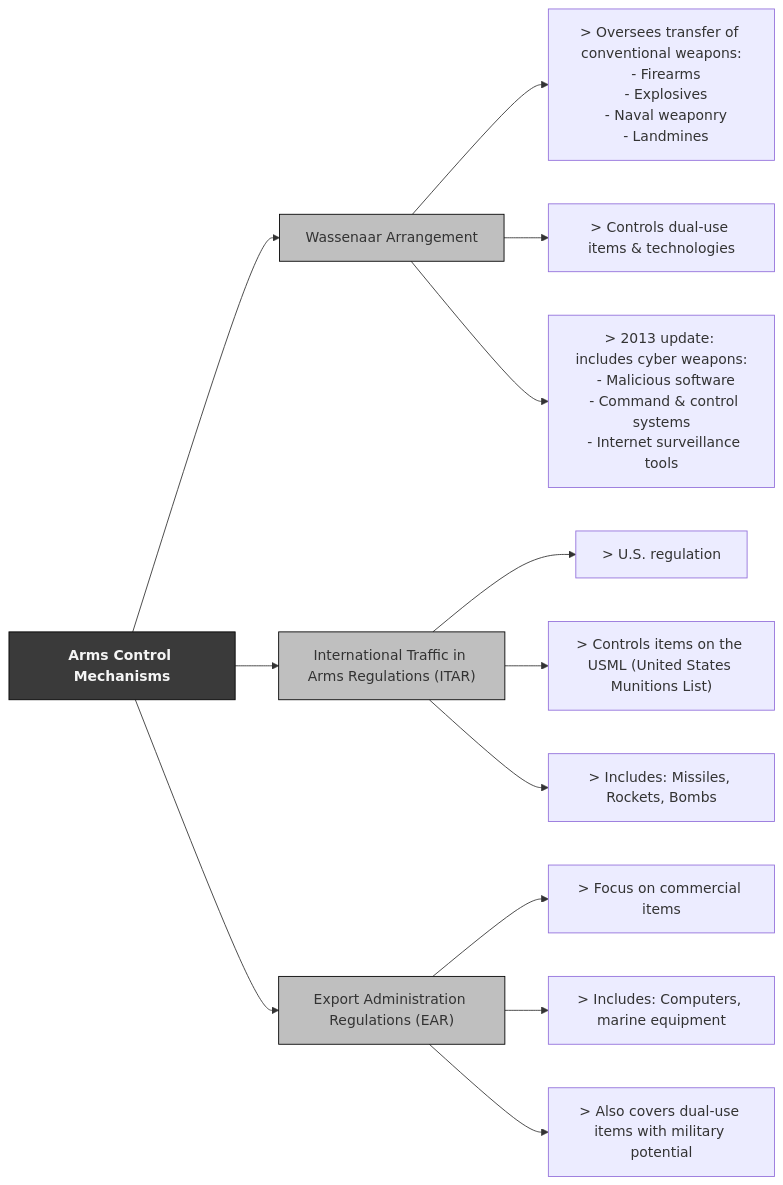
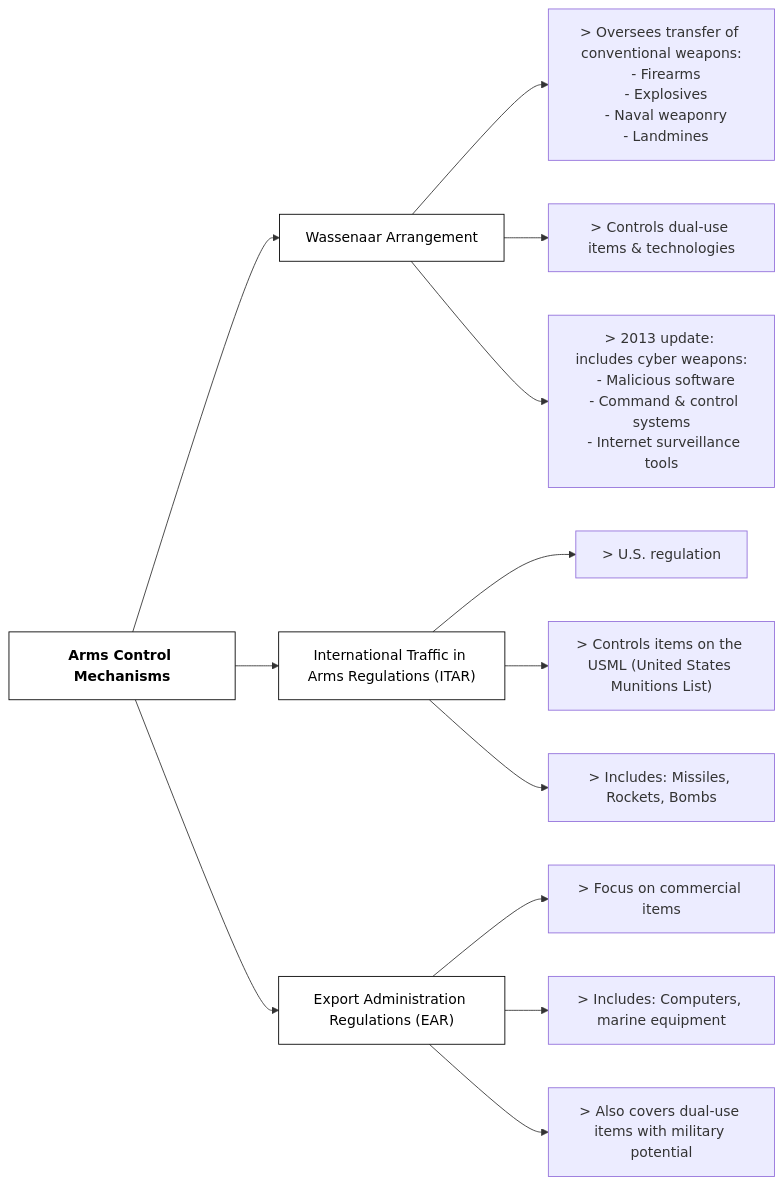
Before and after one commit to lorenzoleonelli/CISSP-Zero-to-Hero: the diagram in DOMAIN1: The Cybersecurity Manager/1.4 Understand legal, regulatory, and compliance issues that pertain to information security in a holistic context.md, drawn with Mermaid.

Commit message:
Update 1.4 Understand legal, regulatory, and compliance issues that pertain to information security in a holistic context.md

````diff
--- a/DOMAIN1: The Cybersecurity Manager/1.4 Understand legal, regulatory, and compliance issues that pertain to information security in a holistic context.md
+++ b/DOMAIN1: The Cybersecurity Manager/1.4 Understand legal, regulatory, and compliance issues that pertain to information security in a holistic context.md
@@ -191,23 +191,23 @@
 ```mermaid 
 flowchart LR
     A["Arms Control Mechanisms"]:::header
 
     A --> WA["Wassenaar Arrangement"]:::box
     A --> ITAR["International Traffic in Arms Regulations (ITAR)"]:::box
     A --> EAR["Export Administration Regulations (EAR)"]:::box
 
     WA --> WA1["> Oversees transfer of conventional weapons:\n  - Firearms\n  - Explosives\n  - Naval weaponry\n  - Landmines"]
     WA --> WA2["> Controls dual-use items & technologies"]
     WA --> WA3["> 2013 update: includes cyber weapons:\n  - Malicious software\n  - Command & control systems\n  - Internet surveillance tools"]
 
     ITAR --> ITAR1["> U.S. regulation"]
     ITAR --> ITAR2["> Controls items on the USML (United States Munitions List)"]
     ITAR --> ITAR3["> Includes: Missiles, Rockets, Bombs"]
 
     EAR --> EAR1["> Focus on commercial items"]
     EAR --> EAR2["> Includes: Computers, marine equipment"]
     EAR --> EAR3["> Also covers dual-use items with military potential"]
 
-    classDef header fill:#3a3a3a,color:#f5f5f5,font-weight:bold,stroke:#000000,stroke-width:1px
-    classDef box fill:#bfbfbf,stroke:#000000,stroke-width:1px
+    classDef header fill:#ffffff,color:#000000,font-weight:bold,stroke:#000000,stroke-width:1px
+    classDef box fill:#ffffff,color:#000000,stroke:#000000,stroke-width:1px
 ```
````
